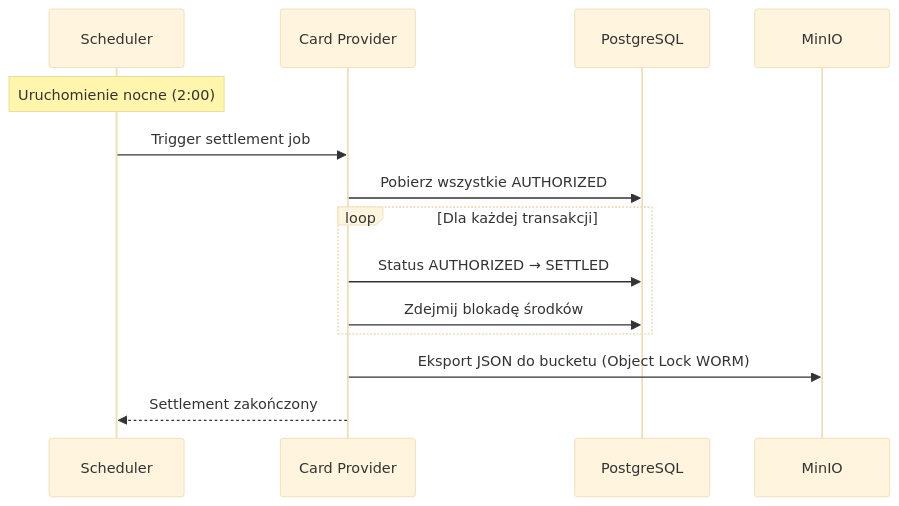
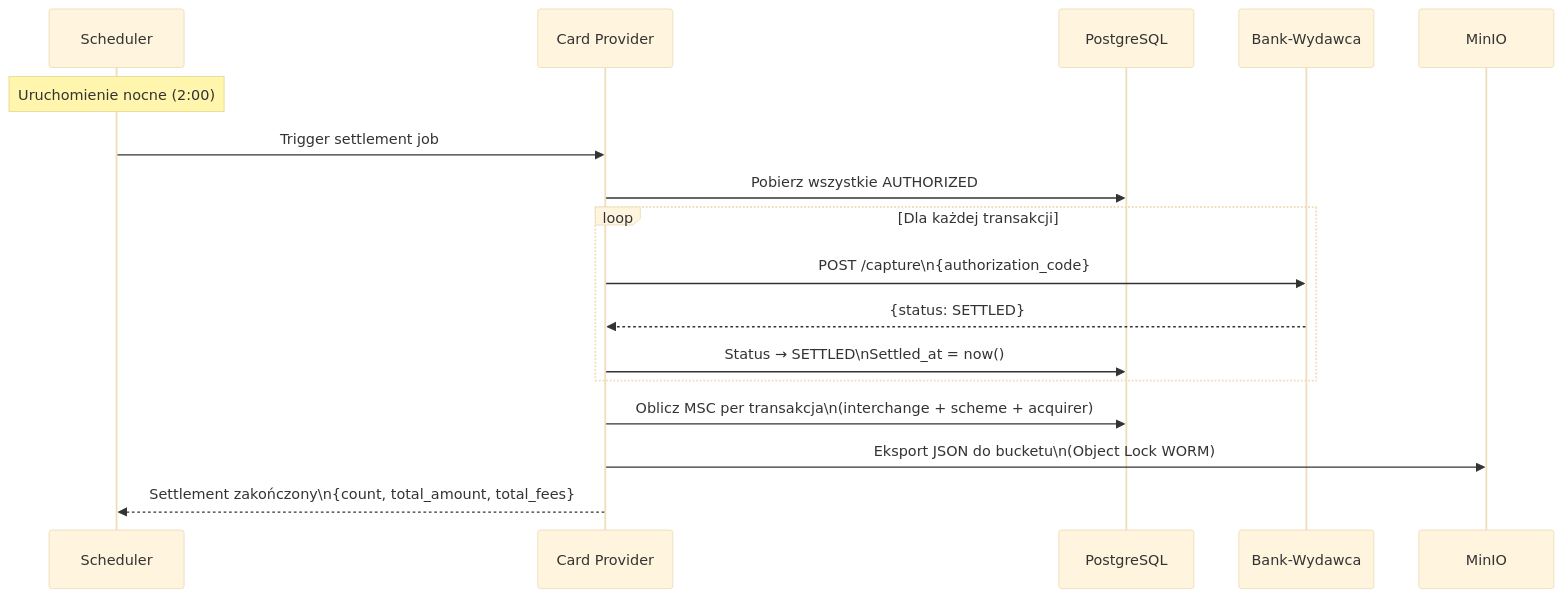
Before and after one commit to FilipSl3/Karty-Platnicze-Aplikacje-Biznesowe: the fifth of 6 diagrams in README.md, drawn with Mermaid (base theme). The commit also changed other lines of this file and 13 other files, not shown here.

````diff
--- a/README.md
+++ b/README.md
@@ -238,17 +342,20 @@
 ```mermaid
 sequenceDiagram
     participant S as Scheduler
     participant CP as Card Provider
     participant DB as PostgreSQL
+    participant BANK as Bank-Wydawca
     participant MINIO as MinIO
 
     Note over S: Uruchomienie nocne (2:00)
     S->>CP: Trigger settlement job
     CP->>DB: Pobierz wszystkie AUTHORIZED
     loop Dla każdej transakcji
-        CP->>DB: Status AUTHORIZED → SETTLED
-        CP->>DB: Zdejmij blokadę środków
+        CP->>BANK: POST /capture\n{authorization_code}
+        BANK-->>CP: {status: SETTLED}
+        CP->>DB: Status → SETTLED\nSettled_at = now()
     end
-    CP->>MINIO: Eksport JSON do bucketu  (Object Lock WORM)
-    CP-->>S: Settlement zakończony
+    CP->>DB: Oblicz MSC per transakcja\n(interchange + scheme + acquirer)
+    CP->>MINIO: Eksport JSON do bucketu\n(Object Lock WORM)
+    CP-->>S: Settlement zakończony\n{count, total_amount, total_fees}
 ```
````
